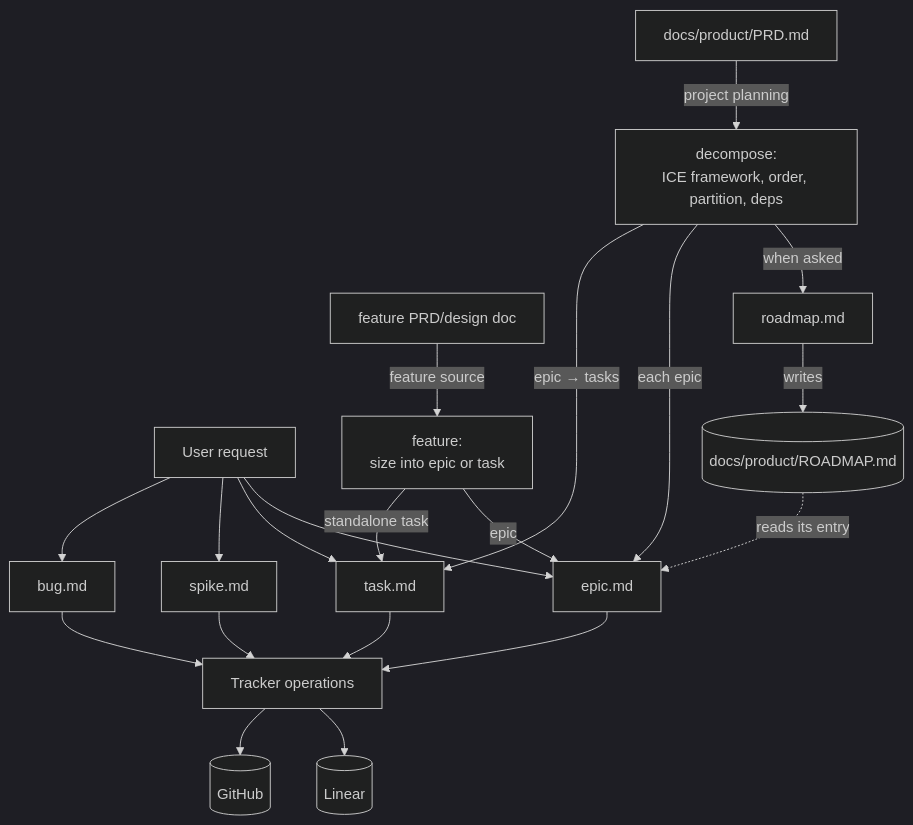
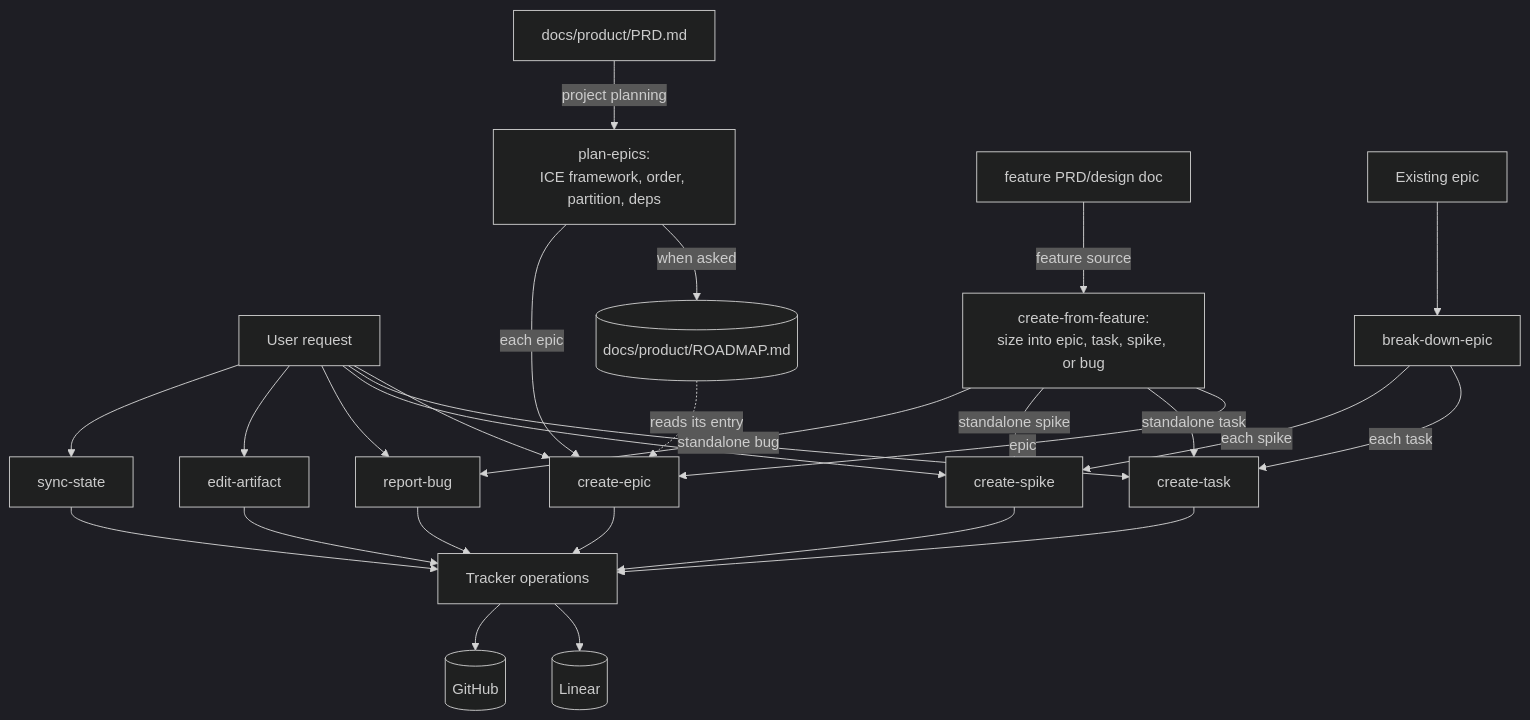
Before and after one commit to adeonir/agent-skills: the diagram in skills/product/epic-tracker/README.md, drawn with Mermaid (dark theme). The commit also changed other lines of this file and 28 other files, not shown here.

Commit message:
feat(epic-tracker): give each job its own instruction and move the templates into assets

````diff
--- a/skills/product/epic-tracker/README.md
+++ b/skills/product/epic-tracker/README.md
@@ -7,22 +7,29 @@
 ```mermaid
 flowchart TD
-    USER[User request] --> EP[epic.md]
-    USER --> STK[task.md]
-    USER --> SPK[spike.md]
-    USER --> BG[bug.md]
-    PRD[docs/product/PRD.md] -->|project planning| DEC[decompose:<br>ICE framework, order, partition, deps]
-    FPRD[feature PRD/design doc] -->|feature source| FT[feature:<br>size into epic or task]
+    USER[User request] --> EP[create-epic]
+    USER --> STK[create-task]
+    USER --> SPK[create-spike]
+    USER --> BG[report-bug]
+    USER --> ED[edit-artifact]
+    USER --> ST[sync-state]
+    PRD[docs/product/PRD.md] -->|project planning| PE[plan-epics:<br>ICE framework, order, partition, deps]
+    FPRD[feature PRD/design doc] -->|feature source| FT[create-from-feature:<br>size into epic, task, spike, or bug]
     FT -->|epic| EP
     FT -->|standalone task| STK
-    DEC -->|when asked| RW[roadmap.md]
-    RW -->|writes| RM[(docs/product/ROADMAP.md)]
-    DEC -->|each epic| EP
+    FT -->|standalone spike| SPK
+    FT -->|standalone bug| BG
+    PE -->|when asked| RM[(docs/product/ROADMAP.md)]
+    PE -->|each epic| EP
     RM -.reads its entry.-> EP
-    DEC -->|epic → tasks| STK
+    EPIC[Existing epic] --> BD[break-down-epic]
+    BD -->|each task| STK
+    BD -->|each spike| SPK
     EP --> SY[Tracker operations]
     STK --> SY
     SPK --> SY
     BG --> SY
+    ED --> SY
+    ST --> SY
     SY --> LN[(Linear)]
     SY --> GH[(GitHub)]
 ```
````
